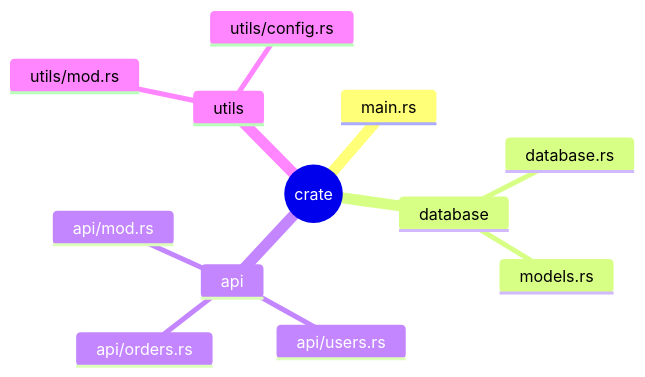
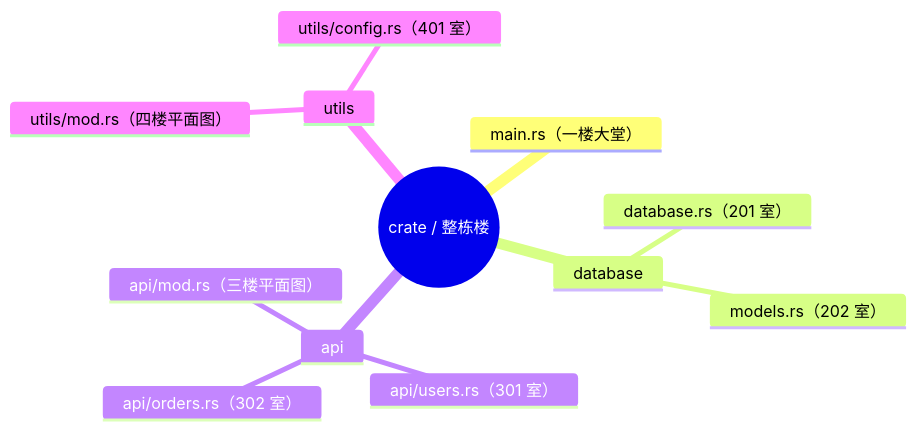
The diagram in languages/rust/modules.md (qknow-0/blog), drawn with Mermaid before and after one commit. The commit also changed other lines of this file and 10 other files, not shown here.

Commit message:
docs: Rust 全系列比喻重写——搬家/停车票/背包/快递/应聘/集装箱/图书馆/公寓楼/食品质检/酒店

````diff
--- a/languages/rust/modules.md
+++ b/languages/rust/modules.md
@@ -32,15 +34,15 @@
 ```mermaid
 mindmap
-  root((crate))
-    main.rs
+  root((crate / 整栋楼))
+    main.rs（一楼大堂）
     database
-      database.rs
-      models.rs
+      database.rs（201 室）
+      models.rs（202 室）
     api
-      api/mod.rs
-      api/users.rs
-      api/orders.rs
+      api/mod.rs（三楼平面图）
+      api/users.rs（301 室）
+      api/orders.rs（302 室）
     utils
-      utils/mod.rs
-      utils/config.rs
+      utils/mod.rs（四楼平面图）
+      utils/config.rs（401 室）
 ```
````
